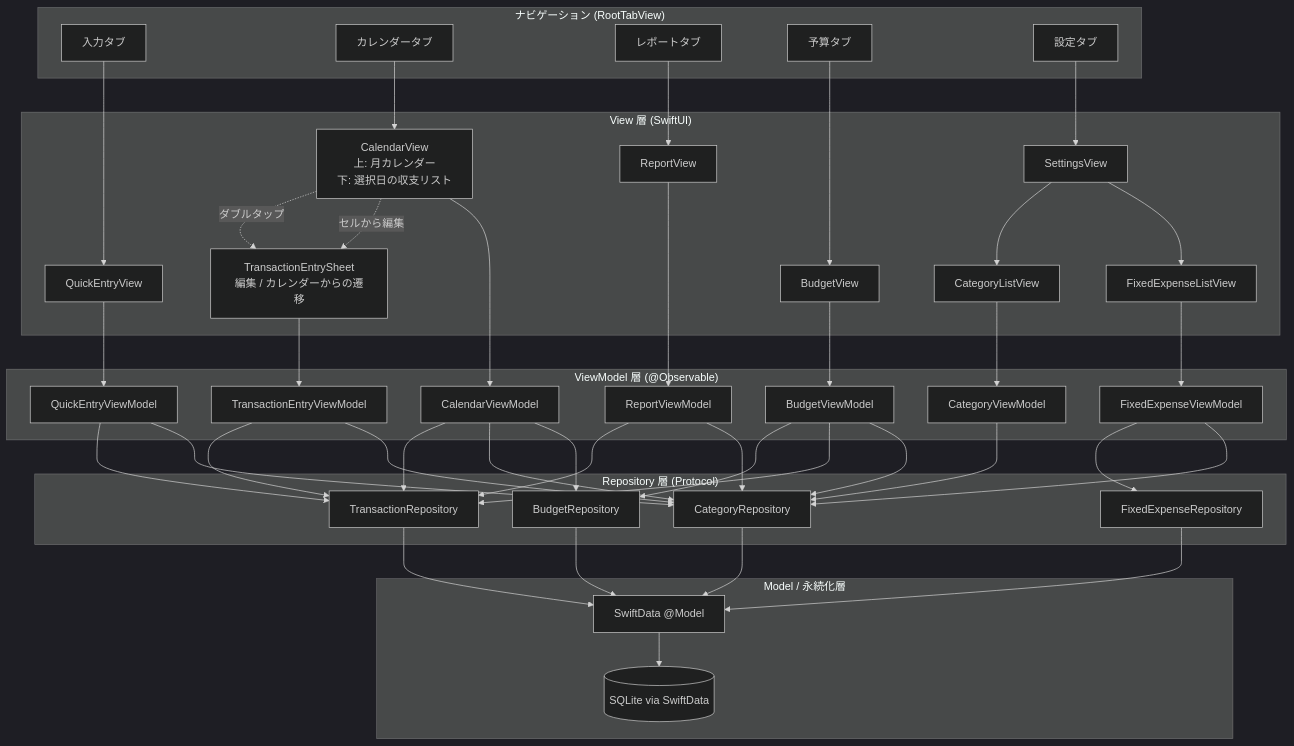
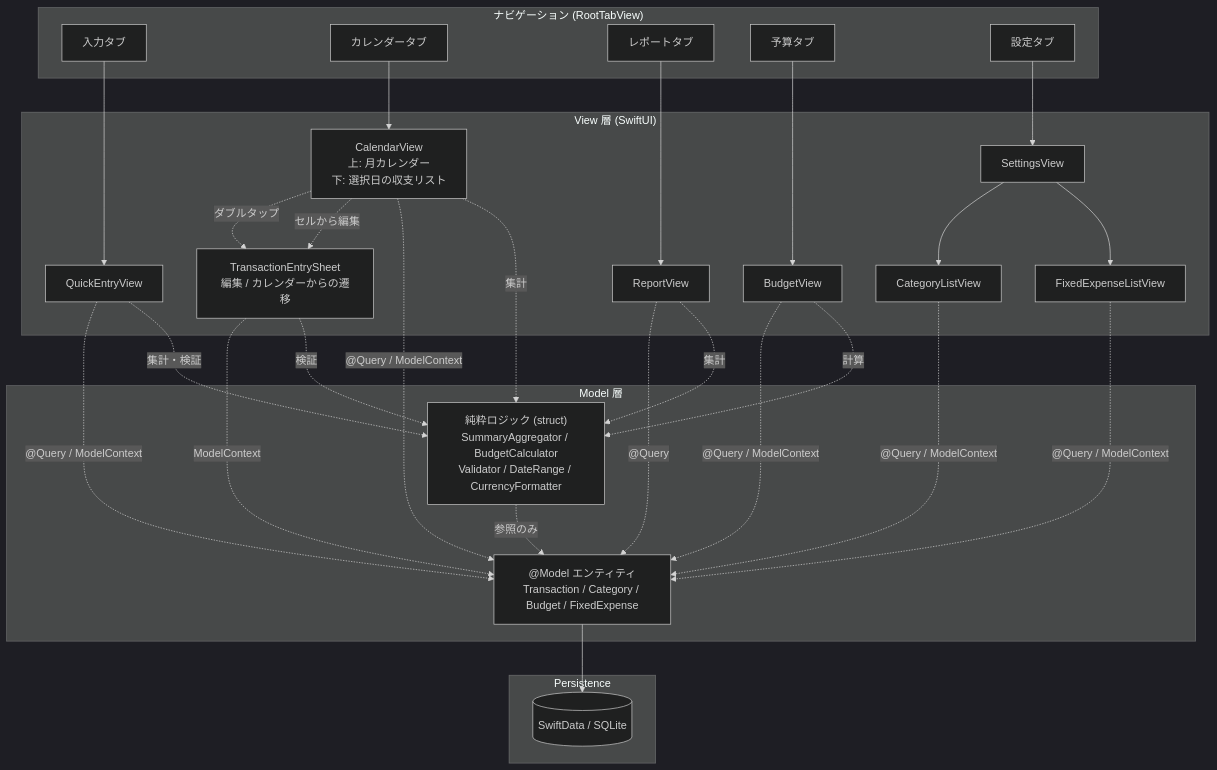
One commit to ymtdir/claudecode-sandbox changed the first of 2 diagrams in docs/basic-design.md. Above: the diagram before and after it, drawn with Mermaid (dark theme). The commit also changed other lines of this file and 1 other file, not shown here.

````diff
--- a/docs/basic-design.md
+++ b/docs/basic-design.md
@@ -46,79 +47,54 @@
 ```mermaid
 graph TB
     subgraph "ナビゲーション (RootTabView)"
         T1[入力タブ]
         T2[カレンダータブ]
         T3[レポートタブ]
         T4[予算タブ]
         T5[設定タブ]
     end
     subgraph "View 層 (SwiftUI)"
         V1[QuickEntryView]
         V2[CalendarView<br/>上: 月カレンダー<br/>下: 選択日の収支リスト]
         V3[ReportView]
         V4[BudgetView]
         V5[SettingsView]
         V6[CategoryListView]
         V7[TransactionEntrySheet<br/>編集 / カレンダーからの遷移]
         V8[FixedExpenseListView]
     end
-    subgraph "ViewModel 層 (@Observable)"
-        VM1[QuickEntryViewModel]
-        VM2[CalendarViewModel]
-        VM3[ReportViewModel]
-        VM4[BudgetViewModel]
-        VM5[CategoryViewModel]
-        VM7[TransactionEntryViewModel]
-        VM8[FixedExpenseViewModel]
+    subgraph "Model 層"
+        M1["@Model エンティティ<br/>Transaction / Category / Budget / FixedExpense"]
+        M2["純粋ロジック (struct)<br/>SummaryAggregator / BudgetCalculator<br/>Validator / DateRange / CurrencyFormatter"]
     end
-    subgraph "Repository 層 (Protocol)"
-        R1[TransactionRepository]
-        R2[CategoryRepository]
-        R3[BudgetRepository]
-        R4[FixedExpenseRepository]
-    end
-    subgraph "Model / 永続化層"
-        M1[SwiftData @Model]
-        DB[(SQLite via SwiftData)]
+    subgraph "Persistence"
+        DB[(SwiftData / SQLite)]
     end
 
     T1 --> V1
     T2 --> V2
     T3 --> V3
     T4 --> V4
     T5 --> V5
     V5 --> V6
     V5 --> V8
     V2 -.ダブルタップ.-> V7
     V2 -.セルから編集.-> V7
 
-    V1 --> VM1
-    V2 --> VM2
-    V3 --> VM3
-    V4 --> VM4
-    V6 --> VM5
-    V7 --> VM7
-    V8 --> VM8
+    V1 -.@Query / ModelContext.-> M1
+    V2 -.@Query / ModelContext.-> M1
+    V3 -.@Query.-> M1
+    V4 -.@Query / ModelContext.-> M1
+    V6 -.@Query / ModelContext.-> M1
+    V7 -.ModelContext.-> M1
+    V8 -.@Query / ModelContext.-> M1
 
-    VM1 --> R1
-    VM1 --> R2
-    VM2 --> R1
-    VM2 --> R2
-    VM2 --> R3
-    VM3 --> R1
-    VM3 --> R2
-    VM4 --> R3
-    VM4 --> R1
-    VM4 --> R2
-    VM5 --> R2
-    VM7 --> R1
-    VM7 --> R2
-    VM8 --> R4
-    VM8 --> R2
+    V1 -. 集計・検証 .-> M2
+    V2 -. 集計 .-> M2
+    V3 -. 集計 .-> M2
+    V4 -. 計算 .-> M2
+    V7 -. 検証 .-> M2
 
-    R1 --> M1
-    R2 --> M1
-    R3 --> M1
-    R4 --> M1
+    M2 -. 参照のみ .-> M1
     M1 --> DB
 ```
````
